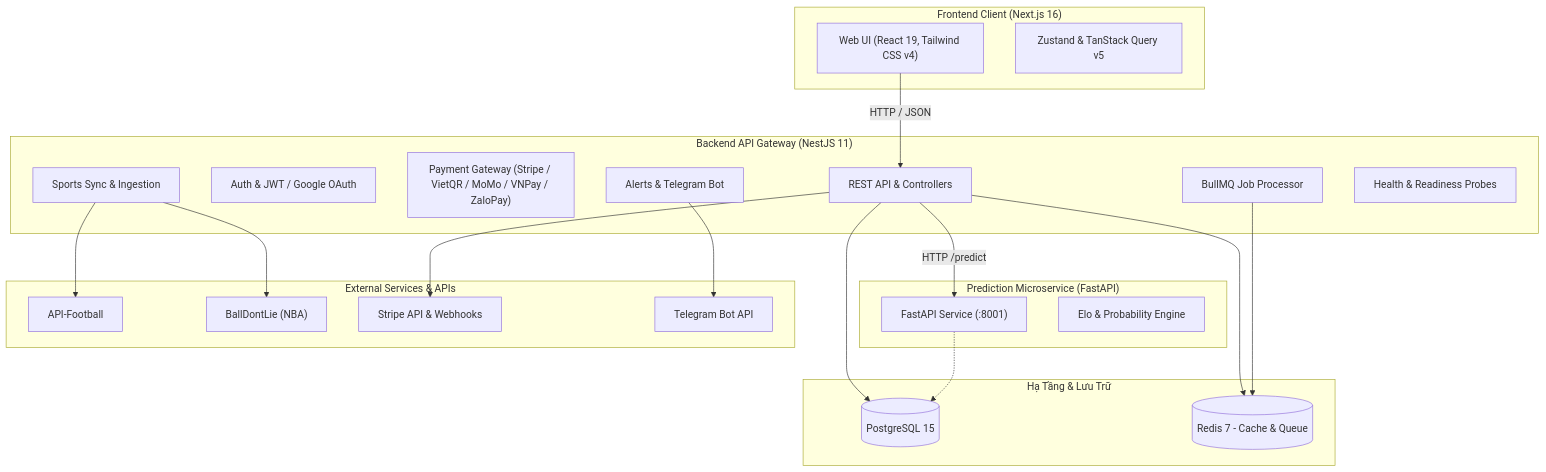
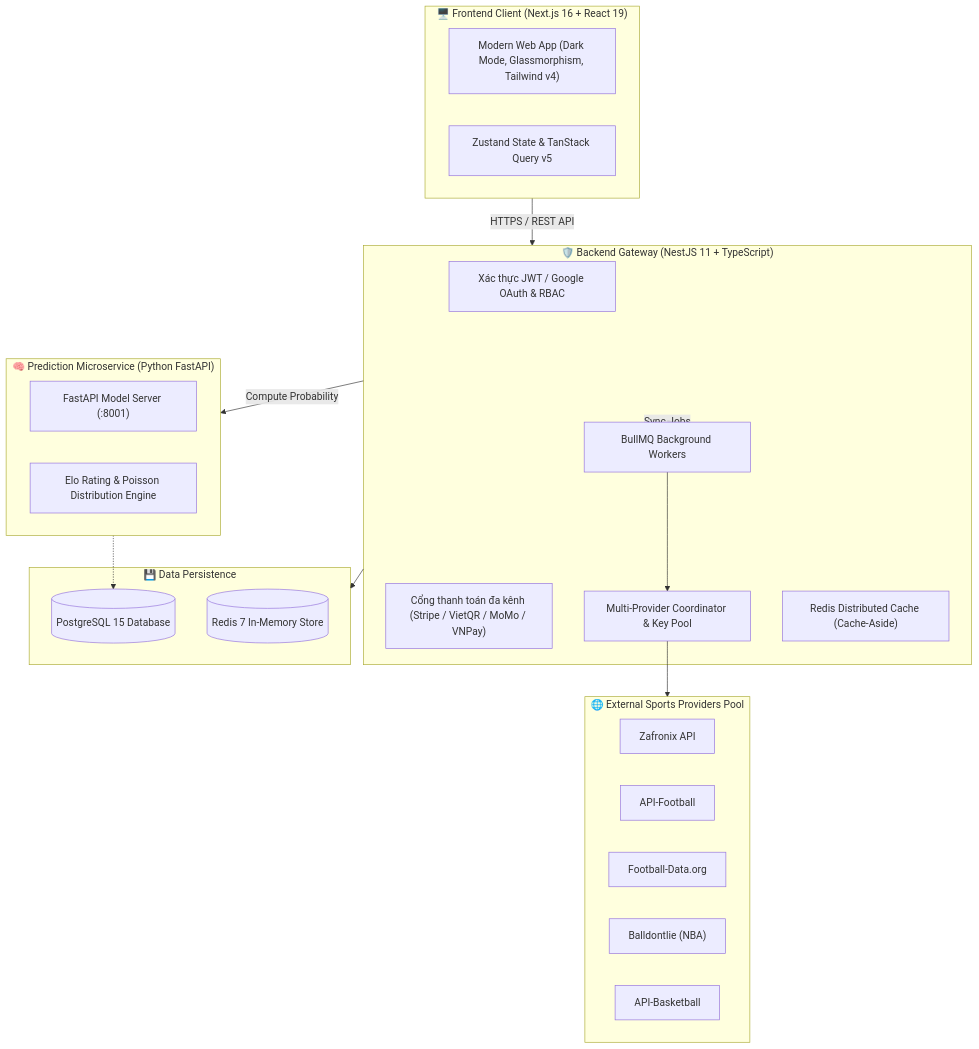
The diagram in README.md (keyaru1910/Iknowball), drawn with Mermaid before and after one commit. The commit also changed other lines of this file and 28 other files, not shown here.

````diff
--- a/README.md
+++ b/README.md
@@ -59,45 +59,41 @@
 ```mermaid
 flowchart TD
-    subgraph Client["Frontend Client (Next.js 16)"]
-        UI["Web UI (React 19, Tailwind CSS v4)"]
-        State["Zustand & TanStack Query v5"]
+    subgraph Client_Layer["🖥️ Frontend Client (Next.js 16 + React 19)"]
+        UI["Modern Web App (Dark Mode, Glassmorphism, Tailwind v4)"]
+        State["Zustand State & TanStack Query v5"]
     end
 
-    subgraph Core["Backend API Gateway (NestJS 11)"]
-        API["REST API & Controllers"]
-        Auth["Auth & JWT / Google OAuth"]
-        PaymentMod["Payment Gateway (Stripe / VietQR / MoMo / VNPay / ZaloPay)"]
-        SyncModule["Sports Sync & Ingestion"]
-        Queue["BullMQ Job Processor"]
-        AlertMod["Alerts & Telegram Bot"]
-        Health["Health & Readiness Probes"]
+    subgraph API_Gateway["🛡️ Backend Gateway (NestJS 11 + TypeScript)"]
+        AuthMod["Xác thực JWT / Google OAuth & RBAC"]
+        PaymentMod["Cổng thanh toán đa kênh (Stripe / VietQR / MoMo / VNPay)"]
+        Coordinator["Multi-Provider Coordinator & Key Pool"]
+        Queue["BullMQ Background Workers"]
+        CacheLayer["Redis Distributed Cache (Cache-Aside)"]
     end
 
-    subgraph ML["Prediction Microservice (FastAPI)"]
-        MLApi["FastAPI Service (:8001)"]
-        EloEngine["Elo & Probability Engine"]
+    subgraph AI_Engine["🧠 Prediction Microservice (Python FastAPI)"]
+        MLApi["FastAPI Model Server (:8001)"]
+        EloEngine["Elo Rating & Poisson Distribution Engine"]
     end
 
-    subgraph Infra["Hạ Tầng & Lưu Trữ"]
-        Postgres[(PostgreSQL 15)]
-        Redis[(Redis 7 - Cache & Queue)]
+    subgraph Data_Storage["💾 Data Persistence"]
+        Postgres[(PostgreSQL 15 Database)]
+        RedisStore[(Redis 7 In-Memory Store)]
     end
 
-    subgraph External["External Services & APIs"]
-        APIFootball["API-Football"]
-        BallDontLie["BallDontLie (NBA)"]
-        StripeAPI["Stripe API & Webhooks"]
-        TeleAPI["Telegram Bot API"]
+    subgraph External_APIs["🌐 External Sports Providers Pool"]
+        ZF["Zafronix API"]
+        AF["API-Football"]
+        FD["Football-Data.org"]
+        BDL["Balldontlie (NBA)"]
+        AB["API-Basketball"]
     end
 
-    UI -->|HTTP / JSON| API
-    API --> Postgres
-    API --> Redis
-    API -->|HTTP /predict| MLApi
-    API --> StripeAPI
-    AlertMod --> TeleAPI
-    SyncModule --> APIFootball
-    SyncModule --> BallDontLie
-    Queue --> Redis
-    MLApi -.-> Postgres
+    Client_Layer -->|HTTPS / REST API| API_Gateway
+    API_Gateway --> Data_Storage
+    API_Gateway -->|Sync Jobs| Queue
+    Queue --> Coordinator
+    Coordinator --> External_APIs
+    API_Gateway -->|Compute Probability| AI_Engine
+    AI_Engine -.-> Postgres
 ```
````
